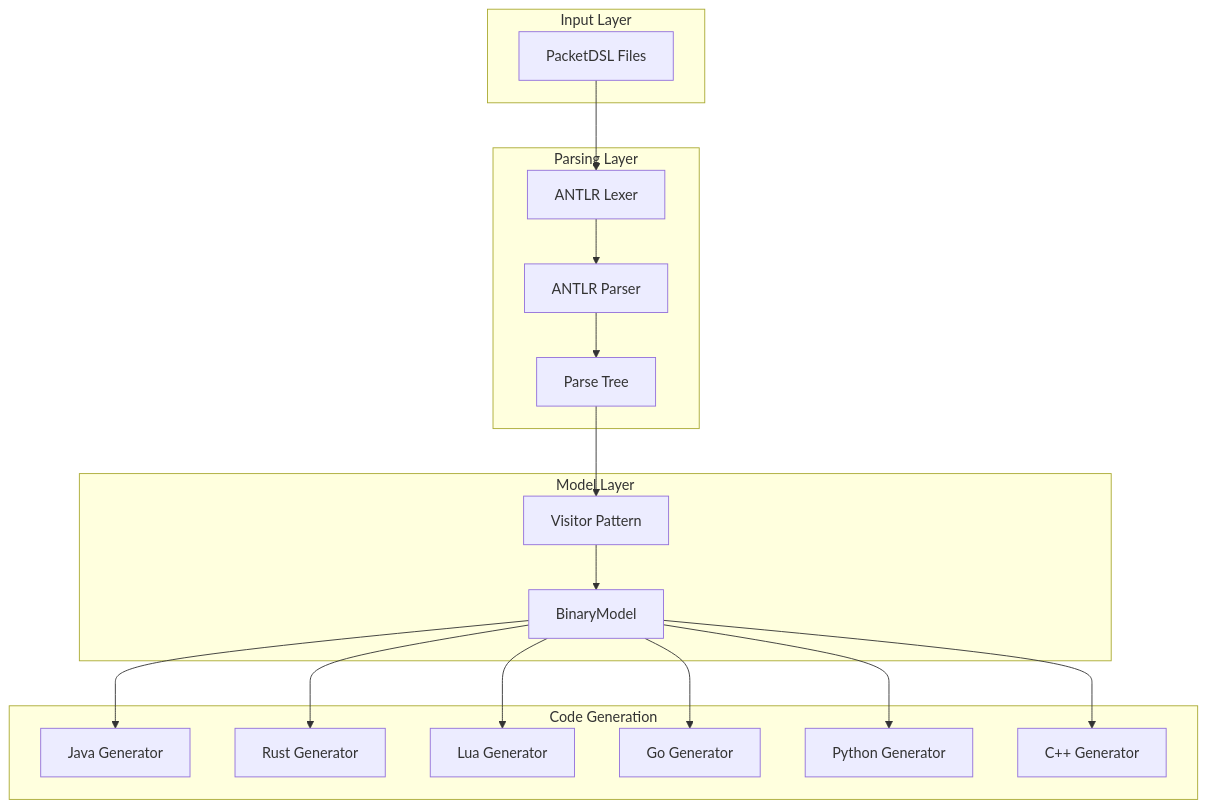
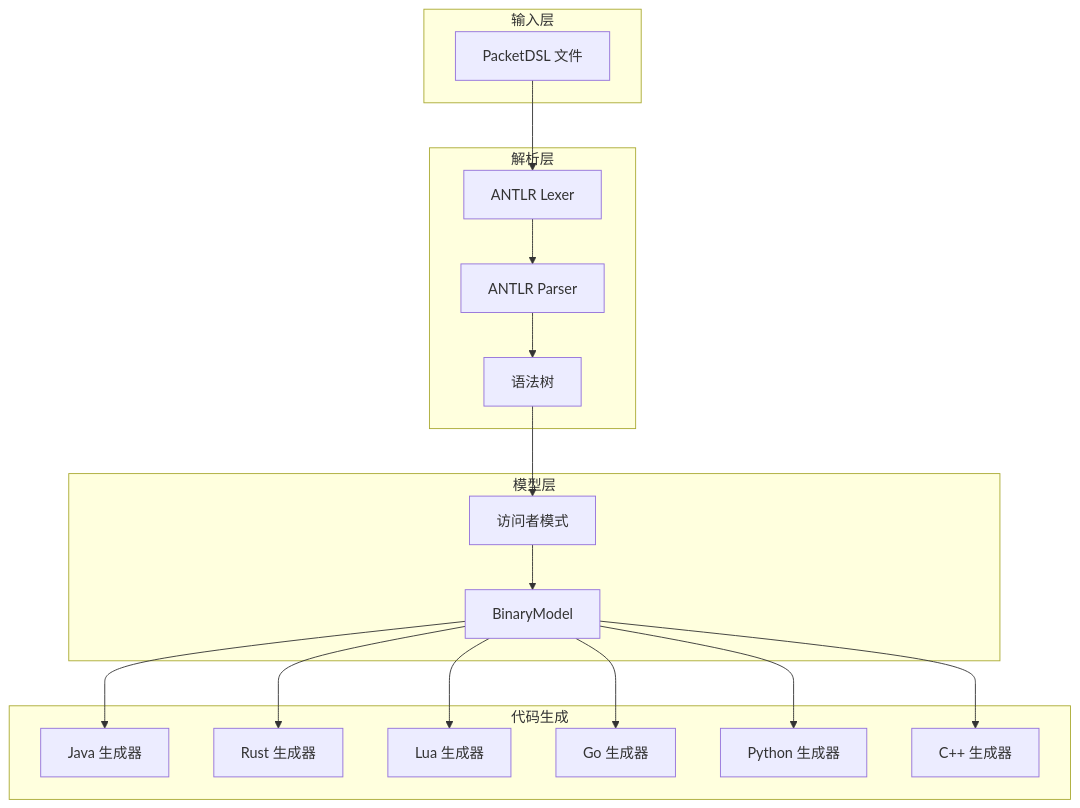
The first of 3 diagrams in readme.md (xinchentechnote/fin-protoc), drawn with Mermaid before and after one commit. The commit also changed other lines of this file and 1 other file, not shown here.

````diff
--- a/readme.md
+++ b/readme.md
@@ -24,38 +26,38 @@
 ```mermaid
 graph TB
-    subgraph "Input Layer"
-        A[PacketDSL Files]
+    subgraph "输入层"
+        A[PacketDSL 文件]
     end
 
-    subgraph "Parsing Layer"
+    subgraph "解析层"
         B[ANTLR Lexer]
         C[ANTLR Parser]
-        D[Parse Tree]
+        D[语法树]
     end
 
-    subgraph "Model Layer"
-        E[Visitor Pattern]
+    subgraph "模型层"
+        E[访问者模式]
         F[BinaryModel]
     end
 
-    subgraph "Code Generation"
-        G[Java Generator]
-        H[Rust Generator]
-        I[Lua Generator]
-        J[Go Generator]
-        K[Python Generator]
-        L[C++ Generator]
+    subgraph "代码生成"
+        G[Java 生成器]
+        H[Rust 生成器]
+        I[Lua 生成器]
+        J[Go 生成器]
+        K[Python 生成器]
+        L[C++ 生成器]
     end
 
     A --> B
     B --> C
     C --> D
     D --> E
     E --> F
     F --> G
     F --> H
     F --> I
     F --> J
     F --> K
     F --> L
 ```
````
